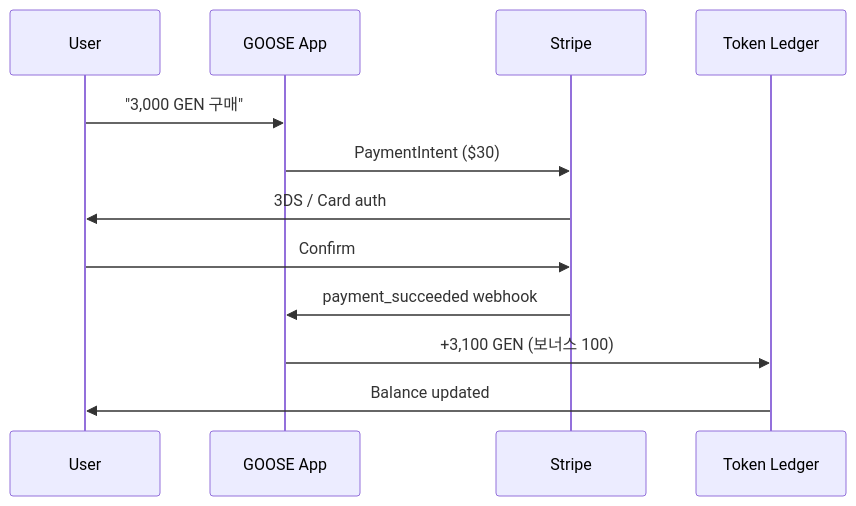
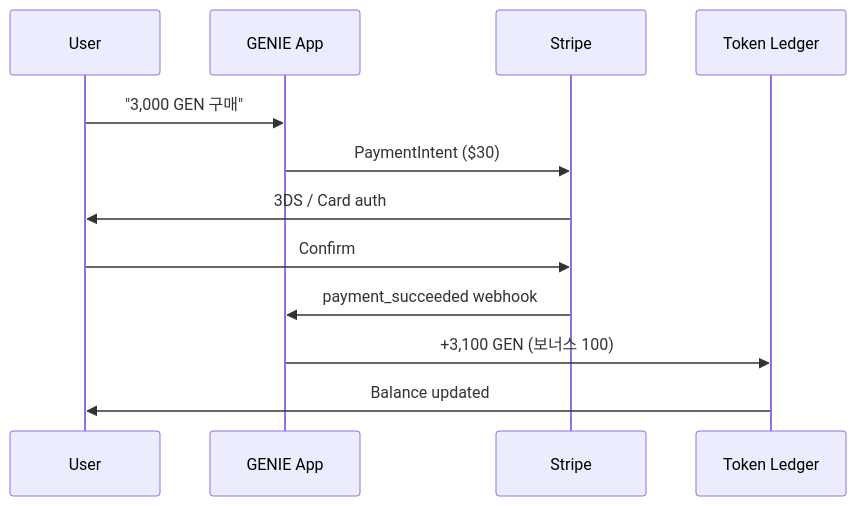
One commit to modu-ai/mink changed the first of 3 diagrams in .moai/project/token-economy.md. Above: the diagram before and after it, drawn with Mermaid. The commit also changed other lines of this file and 149 other files, not shown here.

First line of the commit message:
refactor: goose → genie 식별자 전면 치환 (L3 전환 1/2)

````diff
--- a/.moai/project/token-economy.md
+++ b/.moai/project/token-economy.md
@@ -176,15 +176,15 @@
 ```mermaid
 sequenceDiagram
     participant U as User
-    participant A as GOOSE App
+    participant A as GENIE App
     participant S as Stripe
     participant L as Token Ledger
     
     U->>A: "3,000 GEN 구매"
     A->>S: PaymentIntent ($30)
     S->>U: 3DS / Card auth
     U->>S: Confirm
     S->>A: payment_succeeded webhook
     A->>L: +3,100 GEN (보너스 100)
     L->>U: Balance updated
 ```
````
